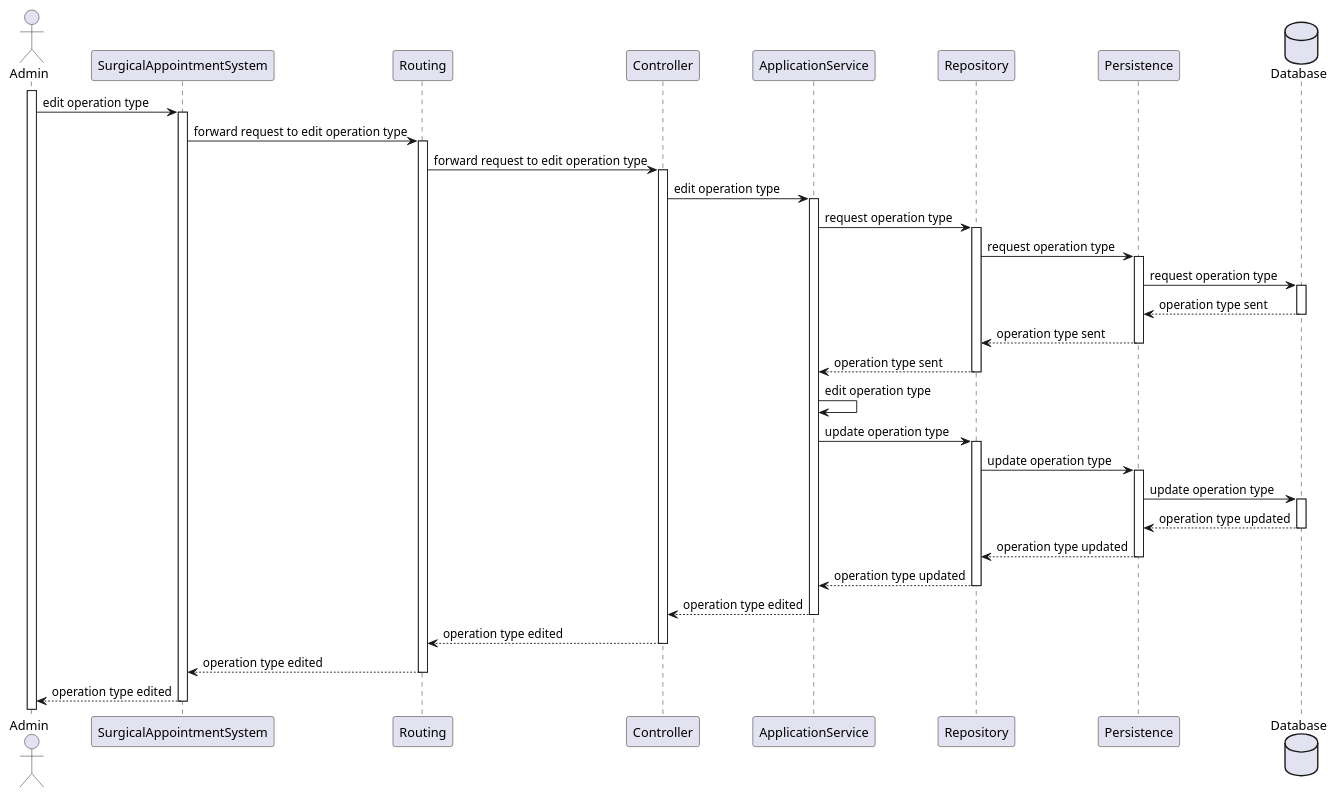
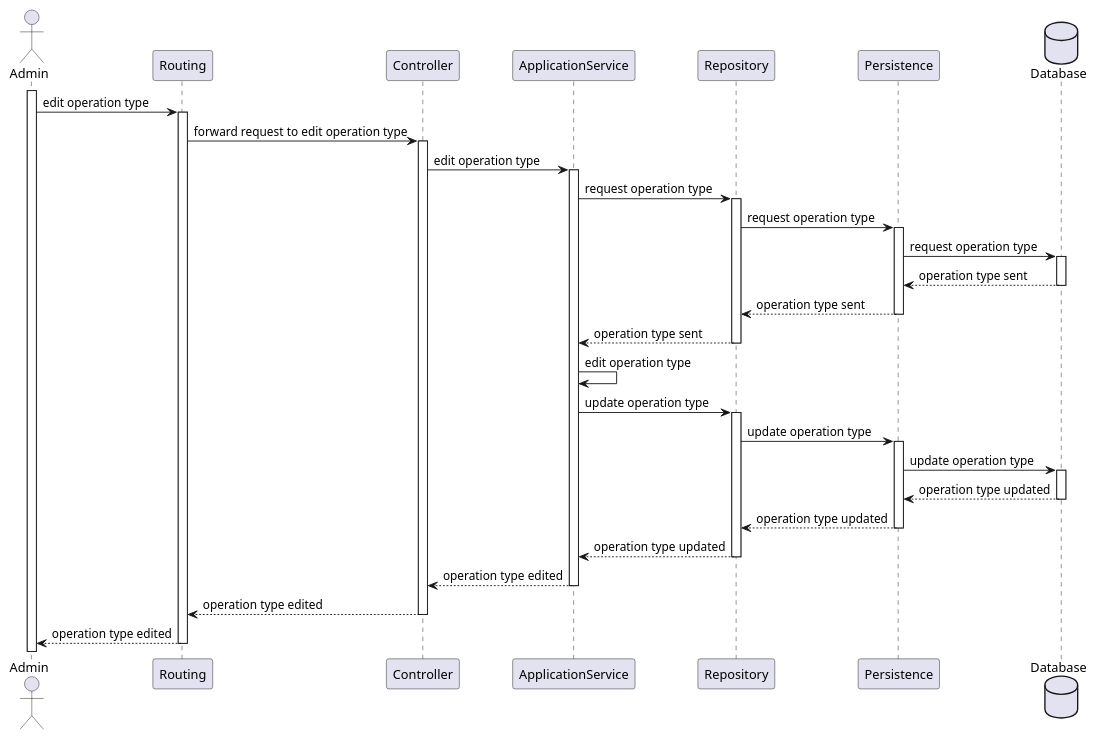
One commit to MateusCabral2004/sem5pi changed the diagram in docs/Sprint 1/US 5.1.21/SequenceDiagram/Level3/SequenceDiagram.puml. Above: the diagram before and after it, drawn with PlantUML. The commit also changed 6 other files, not shown here.

Commit message:
Small update to the diagrams

```diff
--- a/docs/Sprint 1/US 5.1.21/SequenceDiagram/Level3/SequenceDiagram.puml
+++ b/docs/Sprint 1/US 5.1.21/SequenceDiagram/Level3/SequenceDiagram.puml
@@ -1,69 +1,65 @@
 @startuml
 actor Admin
-participant SurgicalAppointmentSystem
 participant Routing
 participant Controller
 participant ApplicationService
 participant Repository
 participant Persistence
 database Database
 
 activate Admin
-Admin -> SurgicalAppointmentSystem: edit operation type
-activate SurgicalAppointmentSystem
+Admin -> Routing: edit operation type
+activate Routing
 
-SurgicalAppointmentSystem -> Routing: forward request to edit operation type
-activate Routing
 Routing -> Controller: forward request to edit operation type
 activate Controller
 
 Controller -> ApplicationService: edit operation type
 activate ApplicationService
 
 ApplicationService -> Repository: request operation type
 activate Repository
 
 Repository -> Persistence: request operation type
 activate Persistence
+
 Persistence -> Database: request operation type
 activate Database
 Database --> Persistence: operation type sent
 deactivate Database
 
 Persistence --> Repository: operation type sent
 deactivate Persistence
 
 Repository --> ApplicationService: operation type sent
 deactivate Repository
 
 ApplicationService -> ApplicationService: edit operation type
 
 ApplicationService -> Repository: update operation type
 activate Repository
+
 Repository -> Persistence: update operation type
 activate Persistence
+
 Persistence -> Database: update operation type
 activate Database
 
 Database --> Persistence: operation type updated
 deactivate Database
 
 Persistence --> Repository: operation type updated
 deactivate Persistence
 
 Repository --> ApplicationService: operation type updated
 deactivate Repository
 
 ApplicationService --> Controller: operation type edited
 deactivate ApplicationService
 
 Controller --> Routing: operation type edited
 deactivate Controller
 
-Routing --> SurgicalAppointmentSystem: operation type edited
+Routing --> Admin: operation type edited
 deactivate Routing
-
-SurgicalAppointmentSystem --> Admin: operation type edited
-
-deactivate SurgicalAppointmentSystem
 @enduml
```
